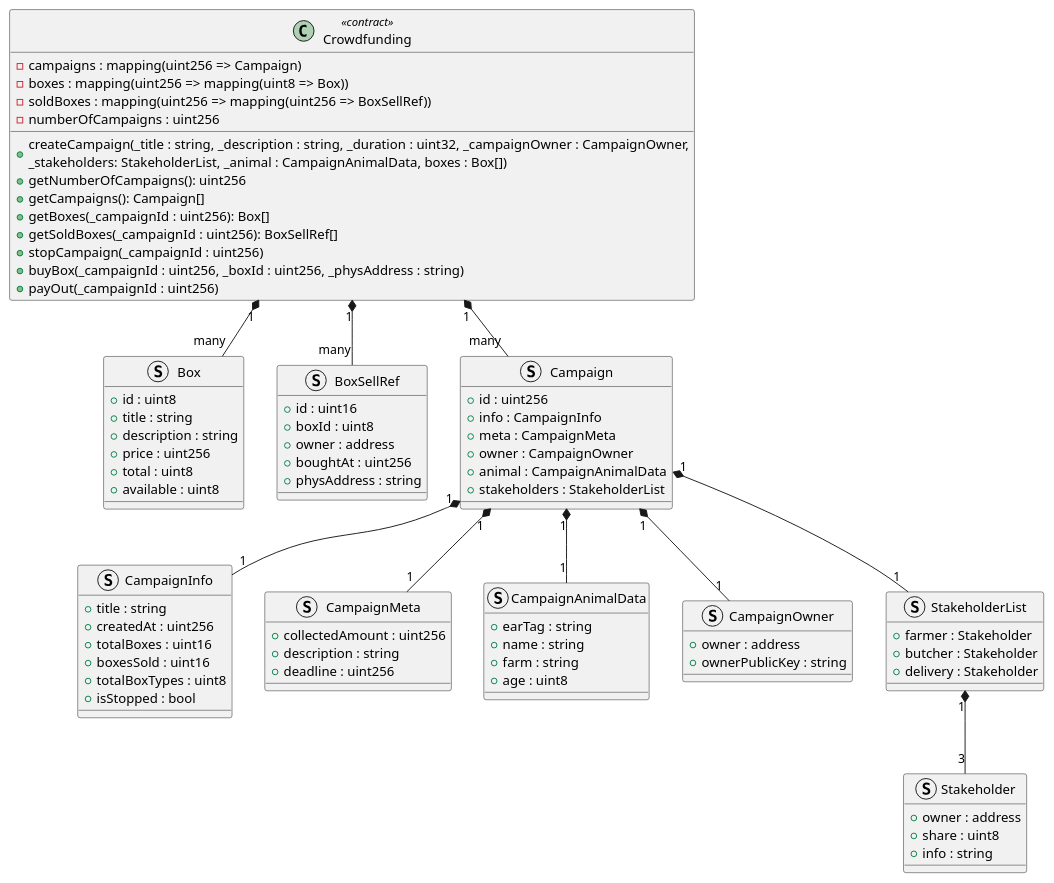
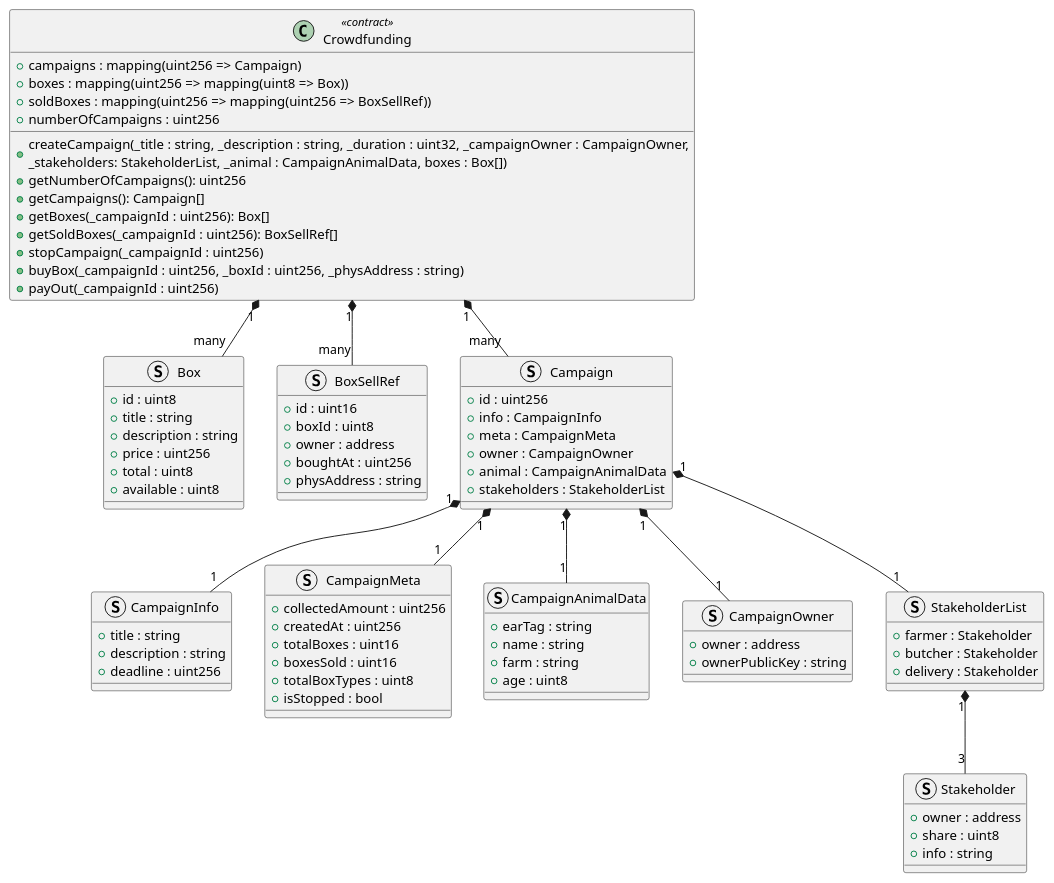
Before and after one commit to mstolin/146157_Blockchain: the diagram in docs/crowdfundingClass.plantuml, drawn with PlantUML. The commit also changed 3 other files, not shown here.

Commit message:
Updated diagrams

```diff
--- a/docs/crowdfundingClass.plantuml
+++ b/docs/crowdfundingClass.plantuml
@@ -1,84 +1,84 @@
 @startuml
 class  Crowdfunding <<contract>> {
-  {field} -campaigns : mapping(uint256 => Campaign)
-  {field} -boxes : mapping(uint256 => mapping(uint8 => Box))
-  {field} -soldBoxes : mapping(uint256 => mapping(uint256 => BoxSellRef))
-  {field} -numberOfCampaigns : uint256
+  {field} +campaigns : mapping(uint256 => Campaign)
+  {field} +boxes : mapping(uint256 => mapping(uint8 => Box))
+  {field} +soldBoxes : mapping(uint256 => mapping(uint256 => BoxSellRef))
+  {field} +numberOfCampaigns : uint256
   {method} +createCampaign(_title : string, _description : string, _duration : uint32, _campaignOwner : CampaignOwner,\n_stakeholders: StakeholderList, _animal : CampaignAnimalData, boxes : Box[])
   {method} +getNumberOfCampaigns(): uint256
   {method} +getCampaigns(): Campaign[]
   {method} +getBoxes(_campaignId : uint256): Box[]
   {method} +getSoldBoxes(_campaignId : uint256): BoxSellRef[]
   {method} +stopCampaign(_campaignId : uint256)
   {method} +buyBox(_campaignId : uint256, _boxId : uint256, _physAddress : string)
   {method} +payOut(_campaignId : uint256)
 }
 struct Box {
   +id : uint8
   +title : string
   +description : string
   +price : uint256
   +total : uint8
   +available : uint8
 }
 struct BoxSellRef {
   +id : uint16
   +boxId : uint8
   +owner : address
   +boughtAt : uint256
   +physAddress : string
 }
 struct Campaign {
   +id : uint256
   +info : CampaignInfo
   +meta : CampaignMeta
   +owner : CampaignOwner
   +animal : CampaignAnimalData
   +stakeholders : StakeholderList
 }
 struct CampaignInfo {
   +title : string
+  +description : string
+  +deadline : uint256
+}
+struct CampaignMeta {
+  +collectedAmount : uint256
   +createdAt : uint256
   +totalBoxes : uint16
   +boxesSold : uint16
   +totalBoxTypes : uint8
   +isStopped : bool
-}
-struct CampaignMeta {
-  +collectedAmount : uint256
-  +description : string
-  +deadline : uint256
 }
 struct CampaignAnimalData {
   +earTag : string
   +name : string
   +farm : string
   +age : uint8
 }
 struct CampaignOwner {
   +owner : address
   +ownerPublicKey : string
 }
 struct Stakeholder {
   +owner : address
   +share : uint8
   +info : string
 }
 struct StakeholderList {
   +farmer : Stakeholder
   +butcher : Stakeholder
   +delivery : Stakeholder
 }
 
 Crowdfunding "1" *-- "many" Campaign
 Campaign "1" *-- "1" CampaignMeta
 Campaign "1" *-- "1" CampaignInfo
 Campaign "1" *-- "1" CampaignOwner
 Campaign "1" *-- "1" CampaignAnimalData
 Campaign "1" *-- "1" StakeholderList
 StakeholderList "1" *-- "3" Stakeholder
 
 Crowdfunding "1" *-- "many" Box
 Crowdfunding "1" *-- "many" BoxSellRef
 
 @enduml
```
